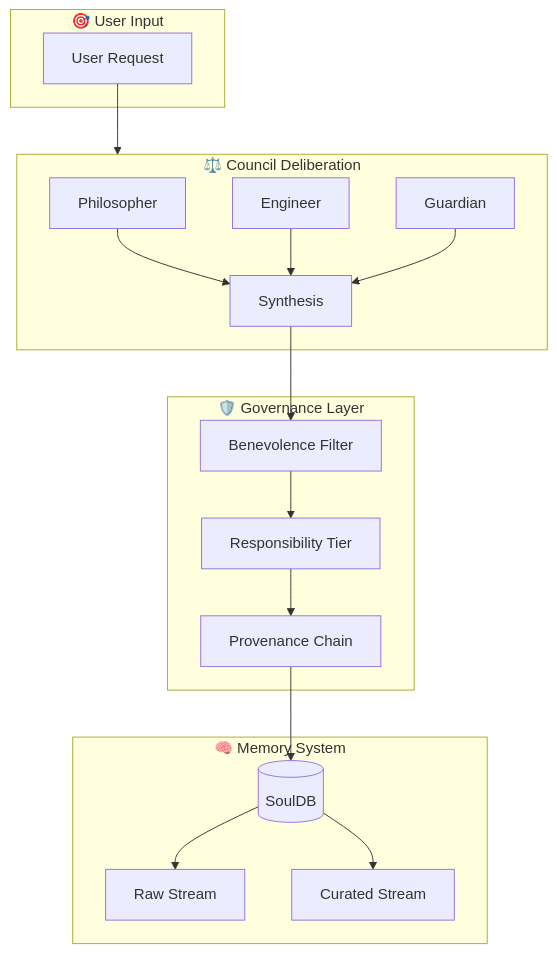
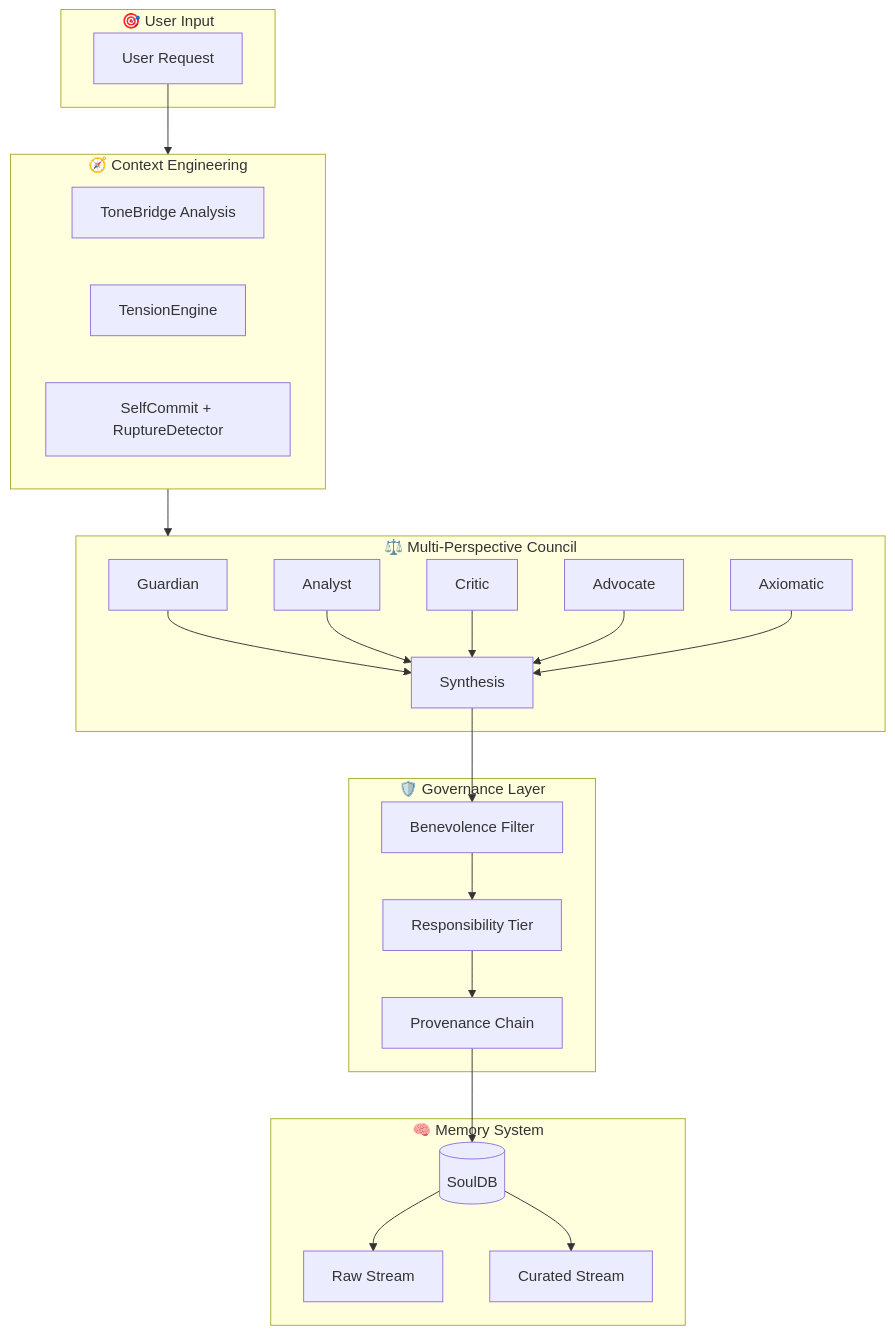
One commit to huangfanwei25-lang/tonesoul52 changed the diagram in README.md. Above: the diagram before and after it, drawn with Mermaid. The commit also changed other lines of this file and 13 other files, not shown here.

Commit message:
refactor(arch): RFC-009 Context Engineering Pivot  fix 8 contradictions, align Council naming, add shared pipeline schema

````diff
--- a/README.md
+++ b/README.md
@@ -153,31 +152,40 @@
 ```mermaid
 graph TB
     subgraph Input["🎯 User Input"]
         A[User Request]
     end
     
-    subgraph Council["⚖️ Council Deliberation"]
-        B[Philosopher] --> E[Synthesis]
-        C[Engineer] --> E
-        D[Guardian] --> E
+    subgraph Context["🧭 Context Engineering"]
+        TB[ToneBridge Analysis]
+        TE[TensionEngine]
+        SC[SelfCommit + RuptureDetector]
+    end
+    
+    subgraph Council["⚖️ Multi-Perspective Council"]
+        P1[Guardian] --> E[Synthesis]
+        P2[Analyst] --> E
+        P3[Critic] --> E
+        P4[Advocate] --> E
+        P5[Axiomatic] --> E
     end
     
     subgraph Governance["🛡️ Governance Layer"]
         F[Benevolence Filter]
         G[Responsibility Tier]
         H[Provenance Chain]
     end
     
     subgraph Memory["🧠 Memory System"]
         I[(SoulDB)]
         J[Raw Stream]
         K[Curated Stream]
     end
     
-    A --> Council
+    A --> Context
+    Context --> Council
     E --> F
     F --> G
     G --> H
     H --> I
     I --> J & K
 ```
````
